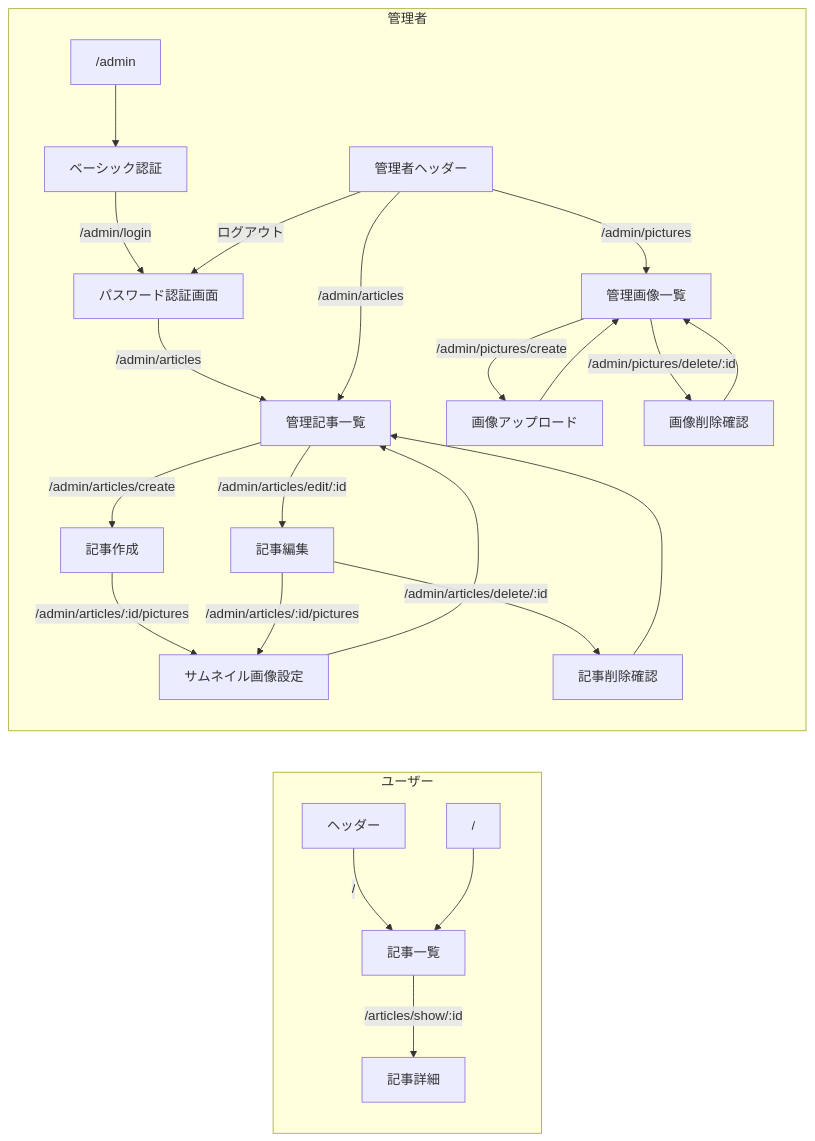
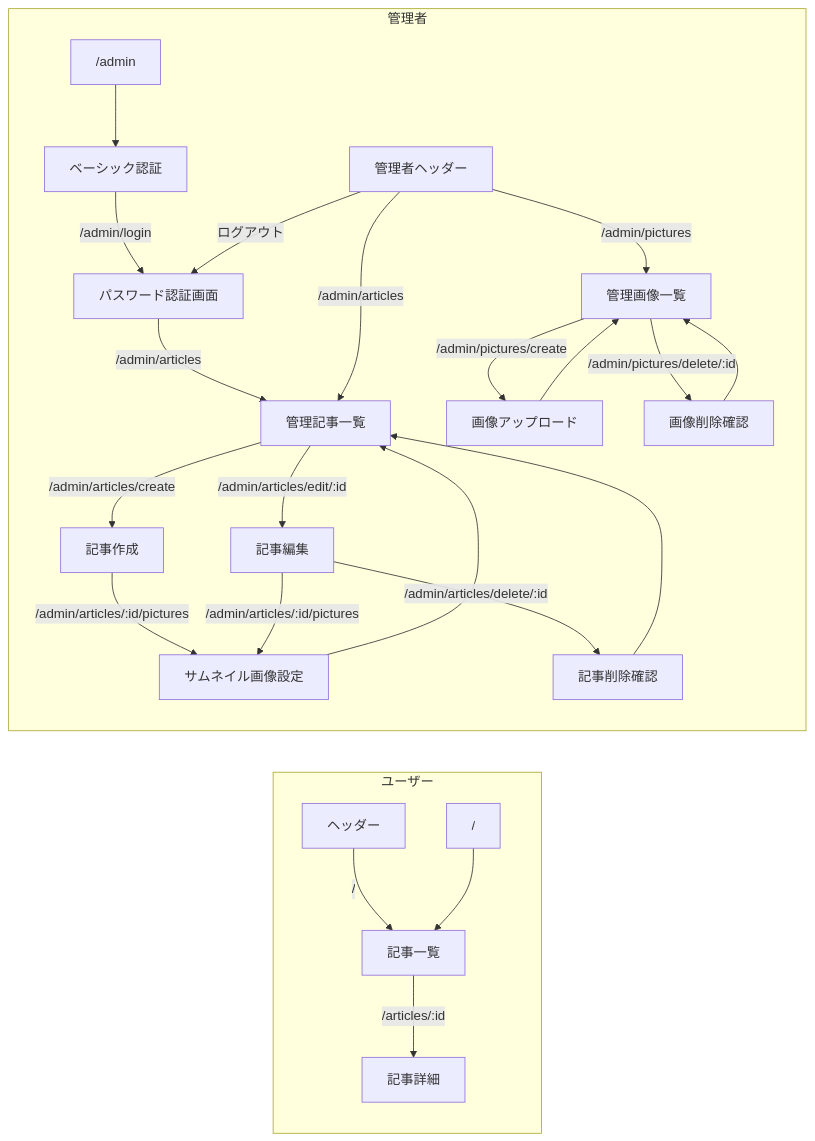
The first of 2 diagrams in README.md (hdk-t/simple-cms), drawn with Mermaid before and after one commit. The commit also changed other lines of this file and 45 other files, not shown here.

````diff
--- a/README.md
+++ b/README.md
@@ -48,27 +53,27 @@
 ```mermaid
 graph LR
 
     subgraph user [ユーザー]
         ヘッダー--"/"-->記事一覧
         /-->記事一覧
-        記事一覧--"/articles/show/:id"-->記事詳細
+        記事一覧--"/articles/:id"-->記事詳細
     end
     
     subgraph admin [管理者]
         /admin-->ベーシック認証--"/admin/login"-->パスワード認証画面--"/admin/articles"-->管理記事一覧
         管理者ヘッダー--"/admin/articles"-->管理記事一覧
         管理者ヘッダー--"/admin/pictures"-->管理画像一覧
         管理者ヘッダー--ログアウト-->パスワード認証画面
         管理記事一覧--"/admin/articles/create"-->記事作成
         記事作成--"/admin/articles/:id/pictures"-->サムネイル画像設定
         管理記事一覧--"/admin/articles/edit/:id"-->記事編集
         記事編集--"/admin/articles/:id/pictures"-->サムネイル画像設定
         サムネイル画像設定-->管理記事一覧
         記事編集--"/admin/articles/delete/:id"-->記事削除確認
         記事削除確認-->管理記事一覧
         管理画像一覧--"/admin/pictures/create"-->画像アップロード
         画像アップロード-->管理画像一覧
         管理画像一覧--"/admin/pictures/delete/:id"-->画像削除確認
         画像削除確認-->管理画像一覧
     end
 ```
````
